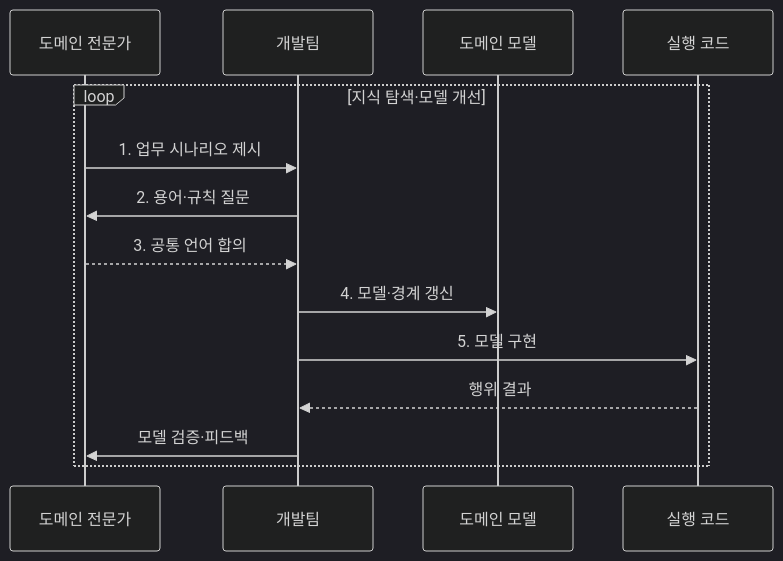
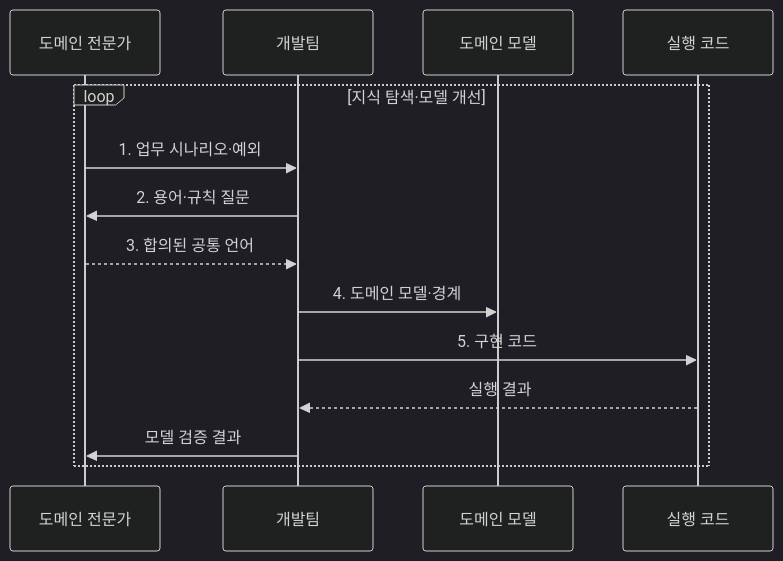
One commit to agnusdei1207/knowledge-base changed the second of 2 diagrams in src/content/docs/notes/03-software/049_domain_driven_design.md. Above: the diagram before and after it, drawn with Mermaid (dark theme). The commit also changed other lines of this file and 20 other files, not shown here.

````diff
--- a/src/content/docs/notes/03-software/049_domain_driven_design.md
+++ b/src/content/docs/notes/03-software/049_domain_driven_design.md
@@ -90,16 +88,16 @@
 ```mermaid
 sequenceDiagram
     participant E as 도메인 전문가
     participant D as 개발팀
     participant M as 도메인 모델
     participant C as 실행 코드
     loop 지식 탐색·모델 개선
-        E->>D: 1. 업무 시나리오 제시
+        E->>D: 1. 업무 시나리오·예외
         D->>E: 2. 용어·규칙 질문
-        E-->>D: 3. 공통 언어 합의
-        D->>M: 4. 모델·경계 갱신
-        D->>C: 5. 모델 구현
-        C-->>D: 행위 결과
-        D->>E: 모델 검증·피드백
+        E-->>D: 3. 합의된 공통 언어
+        D->>M: 4. 도메인 모델·경계
+        D->>C: 5. 구현 코드
+        C-->>D: 실행 결과
+        D->>E: 모델 검증 결과
     end
 ```
````
